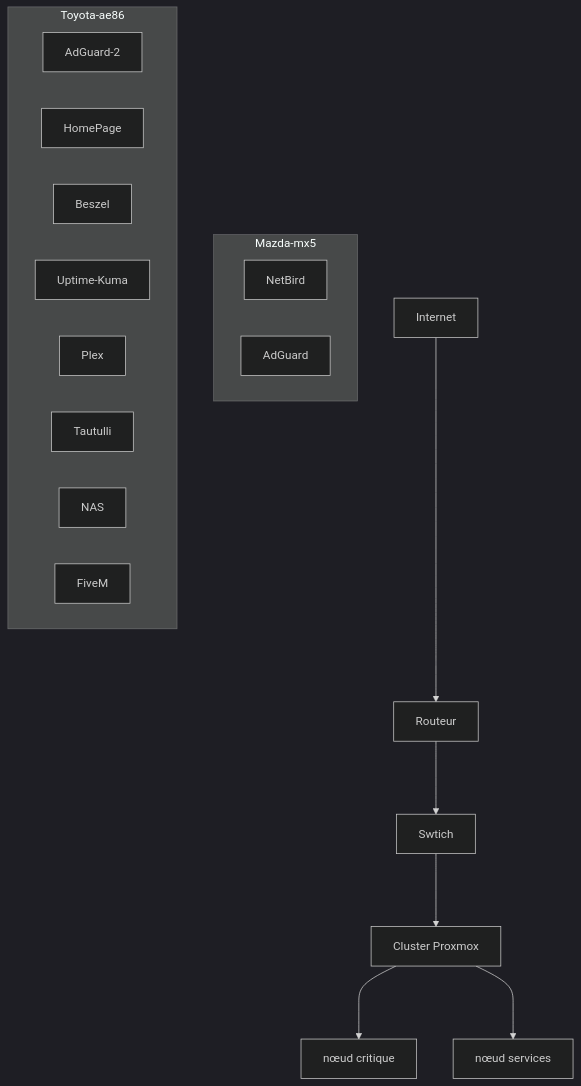
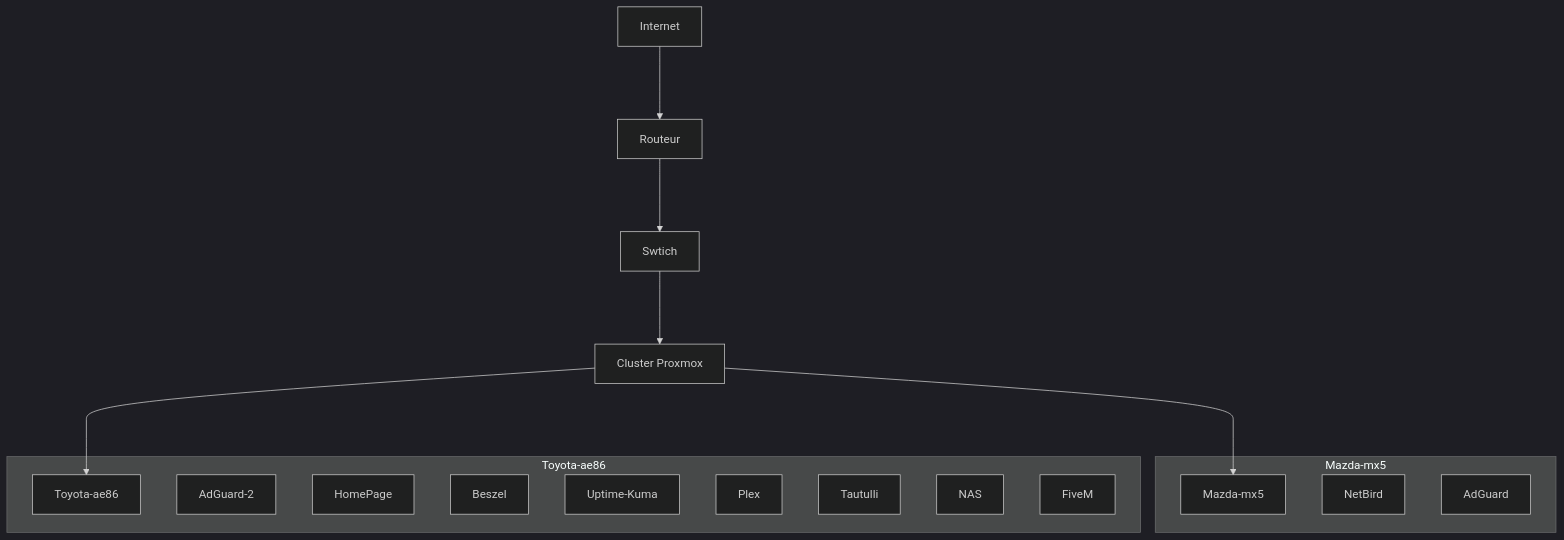
Before and after one commit to snoyy-i/snoyy-i: the diagram in README.md, drawn with Mermaid (dark theme).

````diff
--- a/README.md
+++ b/README.md
@@ -2,31 +2,33 @@
 ```mermaid
 graph TD
      A[Internet]
      B[Routeur]
      C[Swtich]
      D[Cluster Proxmox]
-     E[nœud critique]
-     F[nœud services]
+     E[Mazda-mx5]
+     F[Toyota-ae86]
 
 subgraph Mazda-mx5
+     E[Mazda-mx5]
      G[NetBird]
      H[AdGuard]
 end
 
 subgraph Toyota-ae86
+     F[Toyota-ae86]
      I[AdGuard-2]
      J[HomePage]
      K[Beszel]
      L[Uptime-Kuma]
      M[Plex]
      N[Tautulli]
      O[NAS]
      P[FiveM]
 end
 
      A--->B
      B--->C
      C--->D
      D--->E
      D--->F
 ```
````
